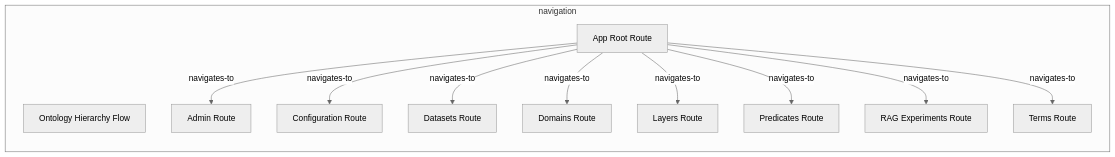
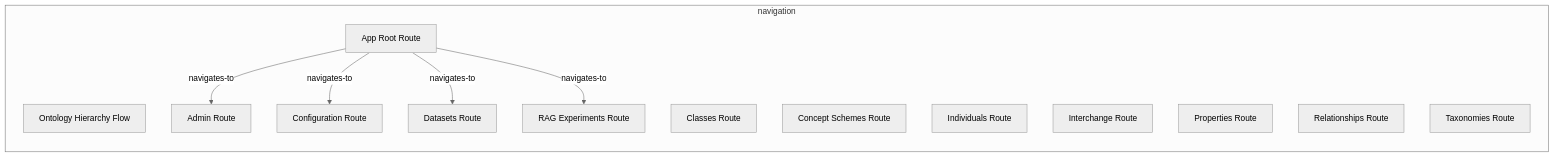
Before and after one commit to tinkermonkey/context-studio: the first of 2 diagrams in documentation-robotics/reports/10-navigation-layer-report.md, drawn with Mermaid (neutral theme). The commit also changed other lines of this file and 37 other files, not shown here.

````diff
--- a/documentation-robotics/reports/10-navigation-layer-report.md
+++ b/documentation-robotics/reports/10-navigation-layer-report.md
@@ -30,23 +30,22 @@
 ```mermaid
 flowchart LR
   subgraph navigation
     navigation_navigationflow_ontology_hierarchy_flow["Ontology Hierarchy Flow"]
     navigation_route_admin_route["Admin Route"]
     navigation_route_app_root_route["App Root Route"]
+    navigation_route_classes_route["Classes Route"]
+    navigation_route_concept_schemes_route["Concept Schemes Route"]
     navigation_route_configuration_route["Configuration Route"]
     navigation_route_datasets_route["Datasets Route"]
-    navigation_route_domains_route["Domains Route"]
-    navigation_route_layers_route["Layers Route"]
-    navigation_route_predicates_route["Predicates Route"]
+    navigation_route_individuals_route["Individuals Route"]
+    navigation_route_interchange_route["Interchange Route"]
+    navigation_route_properties_route["Properties Route"]
     navigation_route_rag_experiments_route["RAG Experiments Route"]
-    navigation_route_terms_route["Terms Route"]
+    navigation_route_relationships_route["Relationships Route"]
+    navigation_route_taxonomies_route["Taxonomies Route"]
     navigation_route_app_root_route -->|navigates-to| navigation_route_admin_route
     navigation_route_app_root_route -->|navigates-to| navigation_route_configuration_route
     navigation_route_app_root_route -->|navigates-to| navigation_route_datasets_route
-    navigation_route_app_root_route -->|navigates-to| navigation_route_domains_route
-    navigation_route_app_root_route -->|navigates-to| navigation_route_layers_route
-    navigation_route_app_root_route -->|navigates-to| navigation_route_predicates_route
     navigation_route_app_root_route -->|navigates-to| navigation_route_rag_experiments_route
-    navigation_route_app_root_route -->|navigates-to| navigation_route_terms_route
   end
 ```
````
